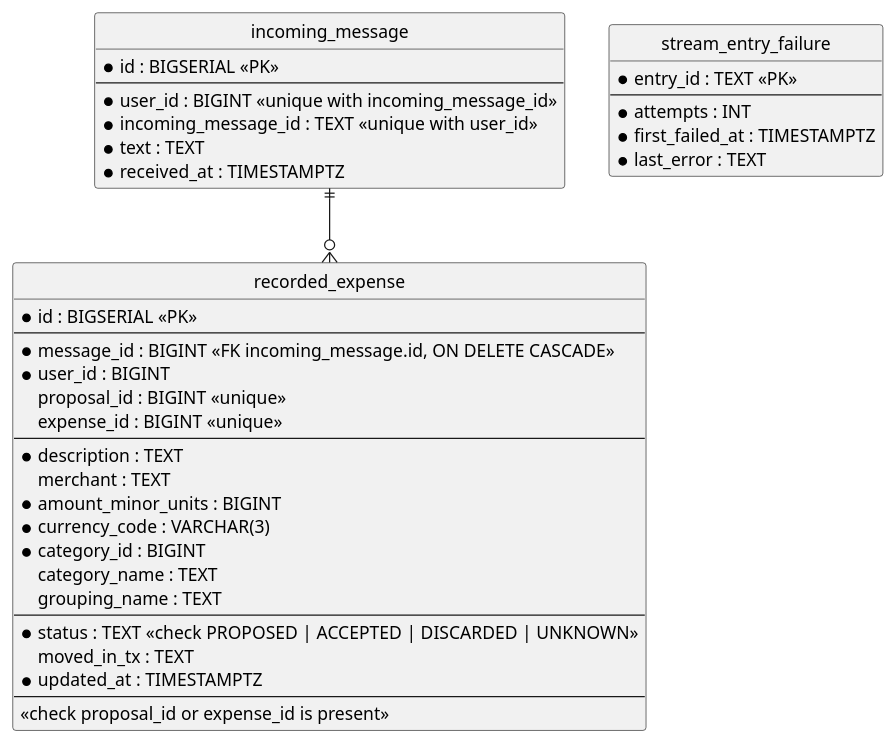
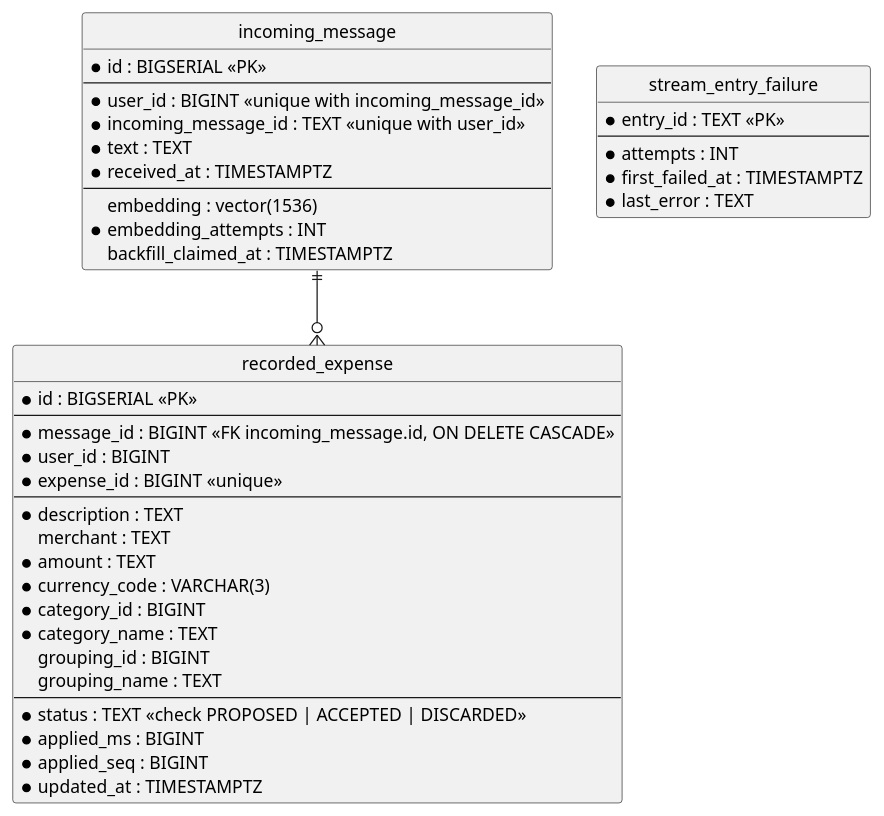
Before and after one commit to ds-usova/finance-bot: the diagram in ai-connector-service/docs/contracts/out/database.md, drawn with PlantUML. The commit also changed other lines of this file and 15 other files, not shown here.

````diff
--- a/ai-connector-service/docs/contracts/out/database.md
+++ b/ai-connector-service/docs/contracts/out/database.md
@@ -13,48 +13,51 @@
 ```plantuml
 @startuml finance-ai-schema
 hide circle
 skinparam linetype ortho
 
 entity "incoming_message" as incoming_message {
   * id : BIGSERIAL <<PK>>
   --
   * user_id : BIGINT <<unique with incoming_message_id>>
   * incoming_message_id : TEXT <<unique with user_id>>
   * text : TEXT
   * received_at : TIMESTAMPTZ
+  --
+  embedding : vector(1536)
+  * embedding_attempts : INT
+  backfill_claimed_at : TIMESTAMPTZ
 }
 
 entity "recorded_expense" as recorded_expense {
   * id : BIGSERIAL <<PK>>
   --
   * message_id : BIGINT <<FK incoming_message.id, ON DELETE CASCADE>>
   * user_id : BIGINT
-  proposal_id : BIGINT <<unique>>
-  expense_id : BIGINT <<unique>>
+  * expense_id : BIGINT <<unique>>
   --
   * description : TEXT
   merchant : TEXT
-  * amount_minor_units : BIGINT
+  * amount : TEXT
   * currency_code : VARCHAR(3)
   * category_id : BIGINT
-  category_name : TEXT
+  * category_name : TEXT
+  grouping_id : BIGINT
   grouping_name : TEXT
   --
-  * status : TEXT <<check PROPOSED | ACCEPTED | DISCARDED | UNKNOWN>>
-  moved_in_tx : TEXT
+  * status : TEXT <<check PROPOSED | ACCEPTED | DISCARDED>>
+  * applied_ms : BIGINT
+  * applied_seq : BIGINT
   * updated_at : TIMESTAMPTZ
-  --
-  <<check proposal_id or expense_id is present>>
 }
 
 entity "stream_entry_failure" as stream_entry_failure {
   * entry_id : TEXT <<PK>>
   --
   * attempts : INT
   * first_failed_at : TIMESTAMPTZ
   * last_error : TEXT
 }
 
 incoming_message ||--o{ recorded_expense
 @enduml
 ```
````
